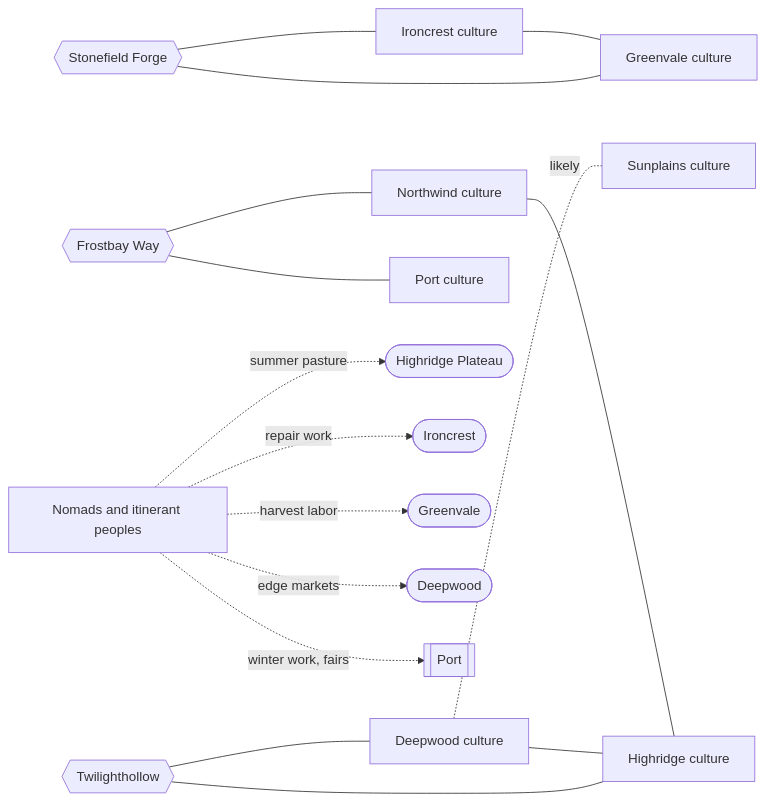
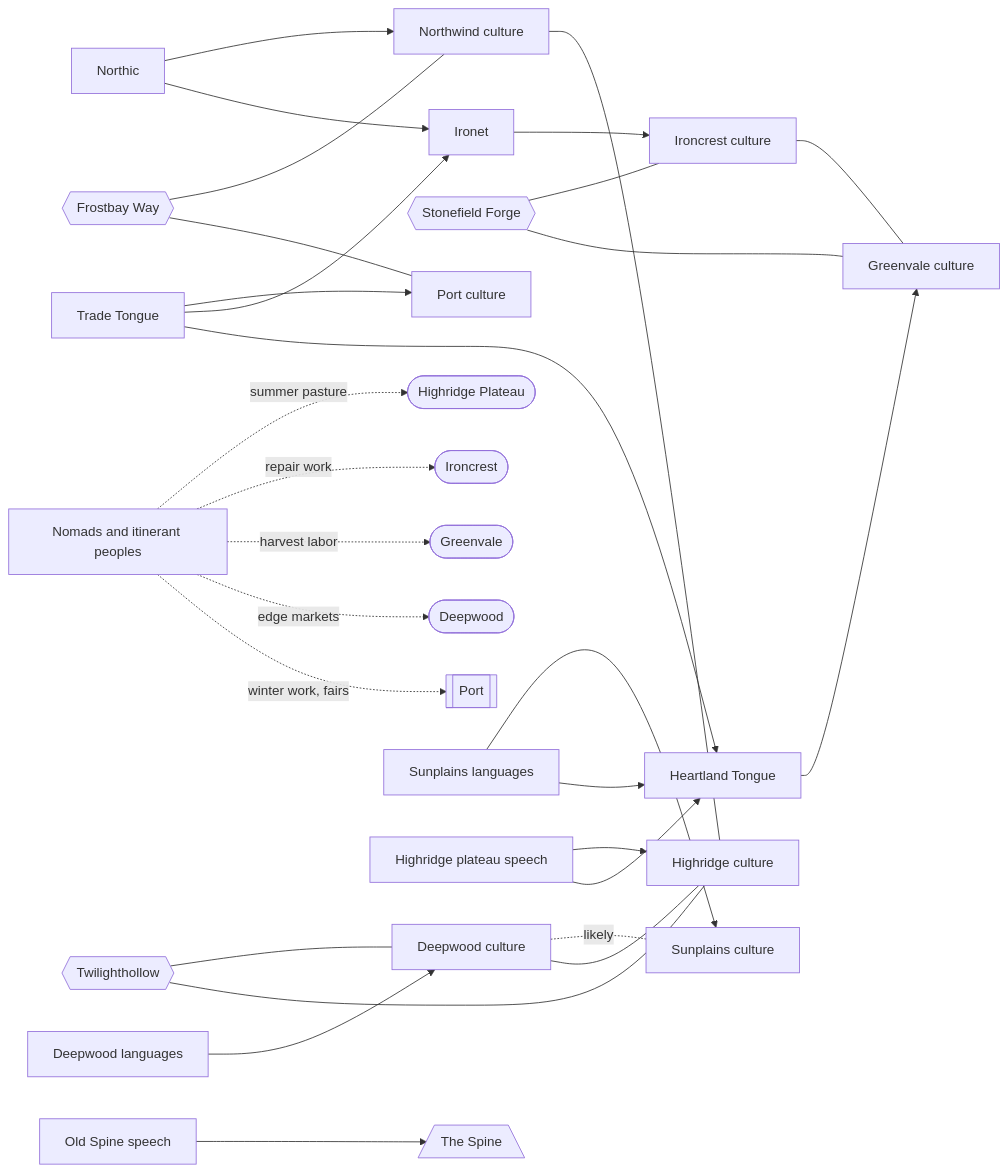
The diagram in atlas/culture/README.md (BigCatMellow/10Kings), drawn with Mermaid before and after one commit. The commit also changed other lines of this file and 31 other files, not shown here.

````diff
--- a/atlas/culture/README.md
+++ b/atlas/culture/README.md
@@ -72,34 +91,56 @@
 ```mermaid
 flowchart LR
   ironcrest_culture["Ironcrest culture"]
   greenvale_culture["Greenvale culture"]
   northwind_culture["Northwind culture"]
   highridge_culture["Highridge culture"]
   deepwood_culture["Deepwood culture"]
   sunplains_culture["Sunplains culture"]
   stonefield{{"Stonefield Forge"}}
   twilighthollow{{"Twilighthollow"}}
   frostbay{{"Frostbay Way"}}
   port_culture["Port culture"]
   nomads["Nomads and itinerant peoples"]
   highridge(["Highridge Plateau"])
   ironcrest(["Ironcrest"])
   greenvale(["Greenvale"])
   deepwood(["Deepwood"])
   port[["Port"]]
+  lang_northic["Northic"]
+  lang_ironet["Ironet"]
+  lang_heartland["Heartland Tongue"]
+  lang_sunplains["Sunplains languages"]
+  lang_plateau["Highridge plateau speech"]
+  lang_deepwood["Deepwood languages"]
+  lang_trade["Trade Tongue"]
+  lang_oldspine["Old Spine speech"]
+  spine[/"The Spine"\]
   ironcrest_culture --- greenvale_culture
   northwind_culture --- highridge_culture
   deepwood_culture -.-|likely| sunplains_culture
   deepwood_culture --- highridge_culture
   stonefield --- ironcrest_culture
   stonefield --- greenvale_culture
   twilighthollow --- deepwood_culture
   twilighthollow --- highridge_culture
   frostbay --- northwind_culture
   frostbay --- port_culture
   nomads -.->|summer pasture| highridge
   nomads -.->|repair work| ironcrest
   nomads -.->|harvest labor| greenvale
   nomads -.->|edge markets| deepwood
   nomads -.->|winter work, fairs| port
+  lang_northic --> northwind_culture
+  lang_ironet --> ironcrest_culture
+  lang_heartland --> greenvale_culture
+  lang_sunplains --> sunplains_culture
+  lang_plateau --> highridge_culture
+  lang_deepwood --> deepwood_culture
+  lang_trade --> port_culture
+  lang_northic --> lang_ironet
+  lang_sunplains --> lang_heartland
+  lang_plateau --> lang_heartland
+  lang_trade --> lang_ironet
+  lang_trade --> lang_heartland
+  lang_oldspine --> spine
 ```
````
